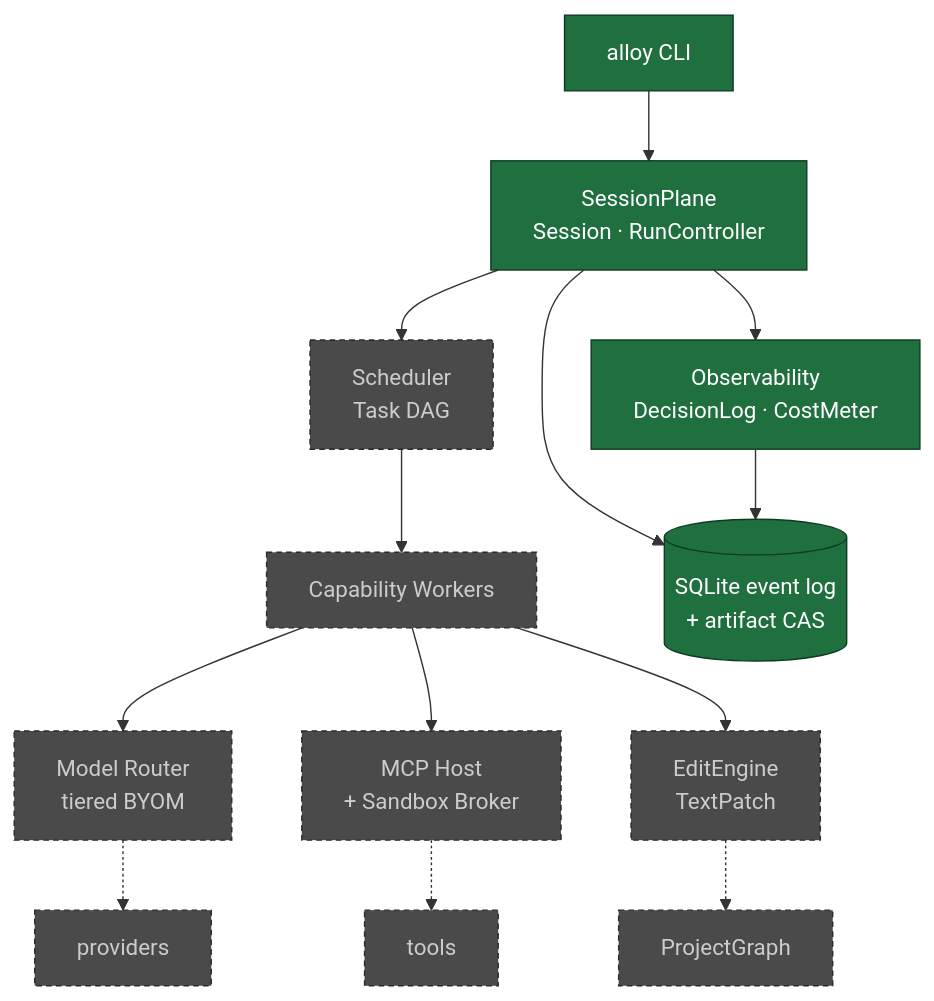
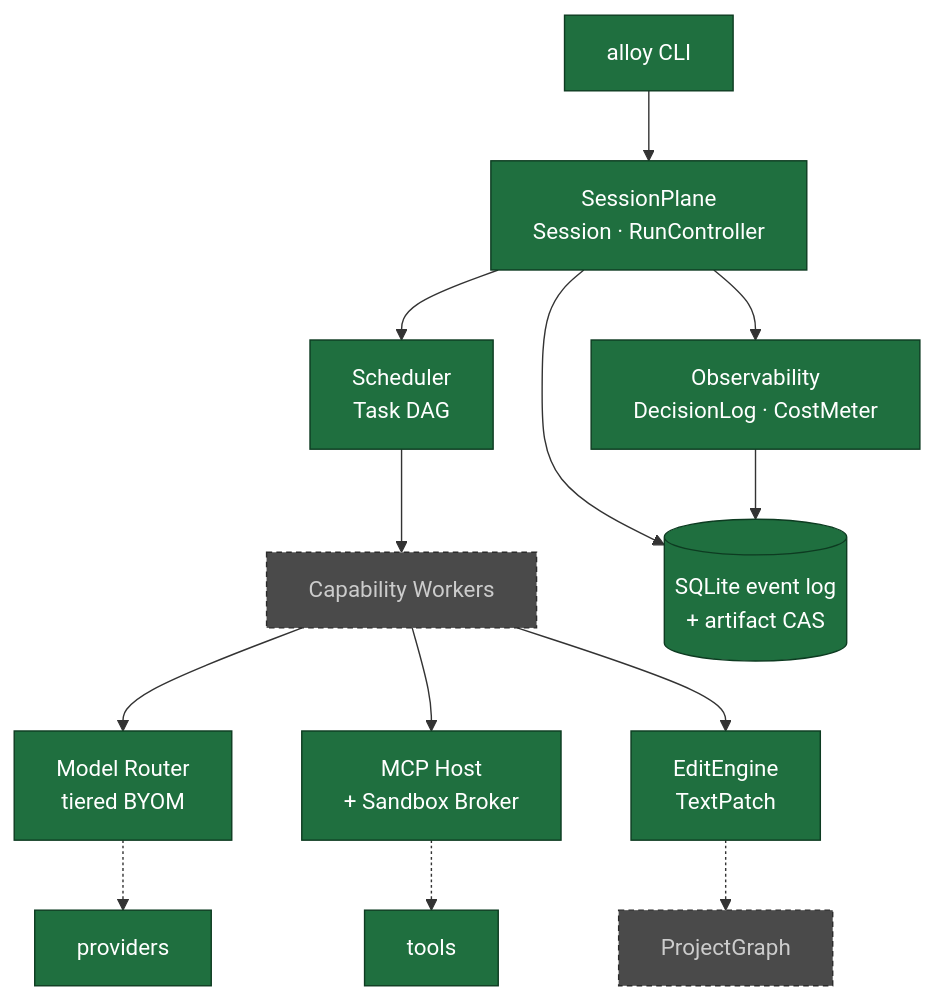
One commit to arkadianet/Alloy changed the diagram in README.md. Above: the diagram before and after it, drawn with Mermaid. The commit also changed other lines of this file and 47 other files, not shown here.

````diff
--- a/README.md
+++ b/README.md
@@ -53,23 +56,23 @@
 ```mermaid
 flowchart TB
   CLI["alloy CLI"] --> SP["SessionPlane<br/>Session · RunController"]
   SP --> SCHED["Scheduler<br/>Task DAG"]
   SCHED --> WORK["Capability Workers"]
 
   WORK --> ROUTER["Model Router<br/>tiered BYOM"]
   WORK --> MCP["MCP Host<br/>+ Sandbox Broker"]
   WORK --> EDIT["EditEngine<br/>TextPatch"]
 
   SP --> STORE[("SQLite event log<br/>+ artifact CAS")]
   SP --> OBS["Observability<br/>DecisionLog · CostMeter"]
   OBS --> STORE
 
   ROUTER -.-> PROV["providers"]
   MCP -.-> TOOLS["tools"]
   EDIT -.-> GRAPH["ProjectGraph"]
 
   classDef done fill:#1f6f3f,stroke:#0d3b21,color:#fff
   classDef todo fill:#4a4a4a,stroke:#2b2b2b,color:#ccc,stroke-dasharray:4 3
-  class CLI,SP,STORE,OBS done
-  class SCHED,WORK,ROUTER,MCP,EDIT,PROV,TOOLS,GRAPH todo
+  class CLI,SP,STORE,OBS,SCHED,ROUTER,MCP,EDIT,PROV,TOOLS done
+  class WORK,GRAPH todo
 ```
````
